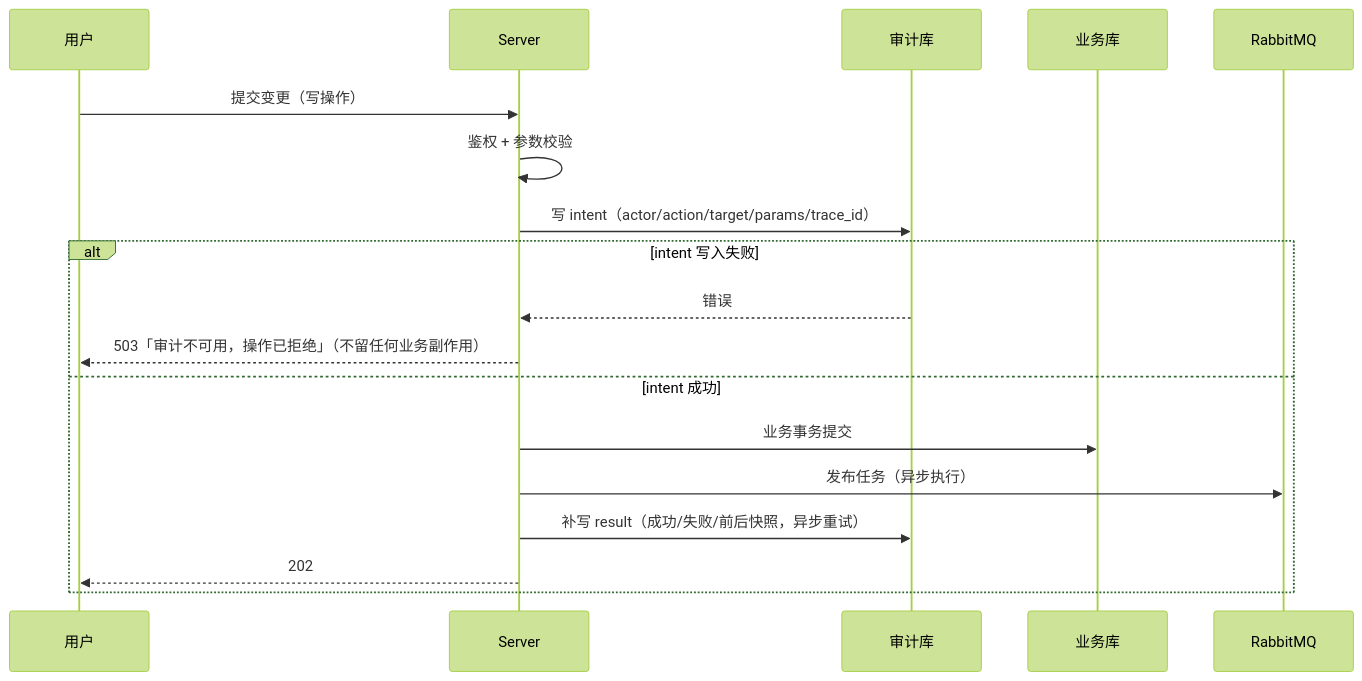
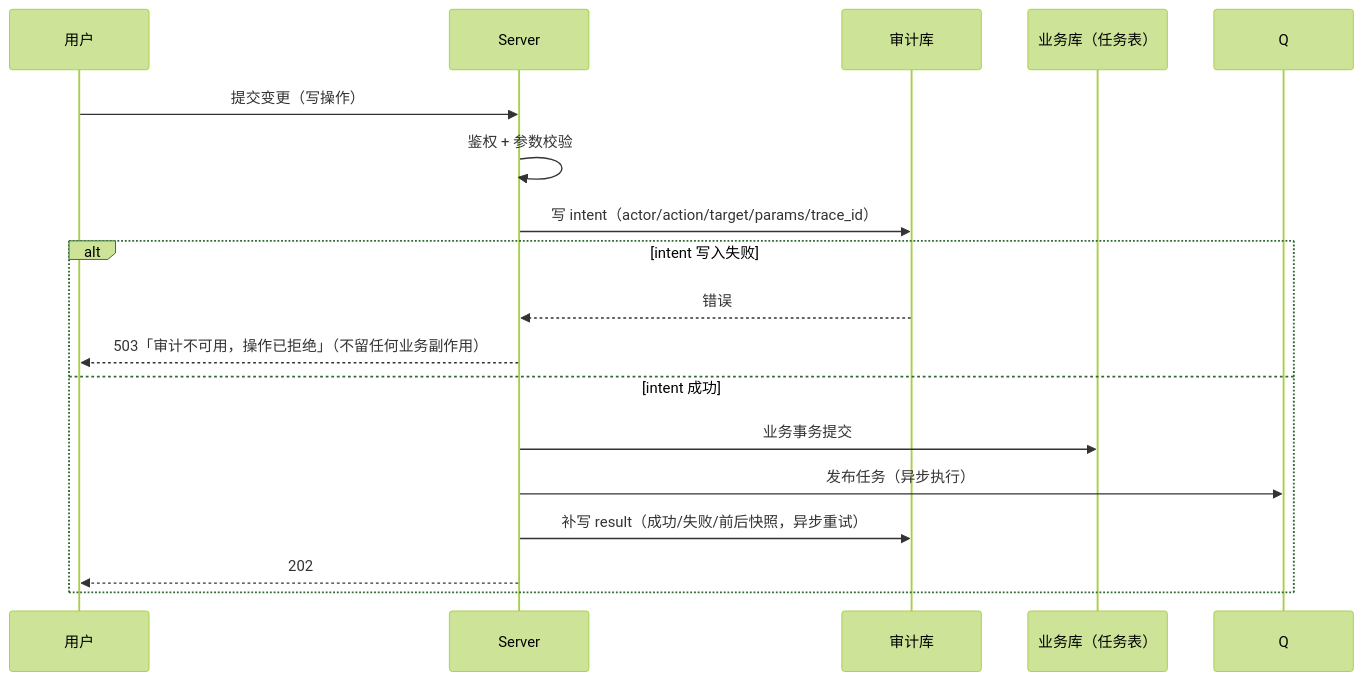
The diagram in docs/02-研发线/04-架构师/ADR-29-审计落点.md (lnsyyj/winter), drawn with Mermaid (forest theme) before and after one commit. The commit also changed 17 other files, not shown here.

First line of the commit message:
docs(arch): 取消 RabbitMQ，改用 PG 任务表 + SKIP LOCKED（ADR-36）

````diff
--- a/docs/02-研发线/04-架构师/ADR-29-审计落点.md
+++ b/docs/02-研发线/04-架构师/ADR-29-审计落点.md
@@ -32,21 +32,20 @@
 ```mermaid
 sequenceDiagram
     participant U as 用户
     participant S as Server
     participant ADB as 审计库
-    participant PDB as 业务库
-    participant Q as RabbitMQ
+    participant PDB as 业务库（任务表）
 
     U->>S: 提交变更（写操作）
     S->>S: 鉴权 + 参数校验
     S->>ADB: 写 intent（actor/action/target/params/trace_id）
     alt intent 写入失败
         ADB-->>S: 错误
         S-->>U: 503「审计不可用，操作已拒绝」（不留任何业务副作用）
     else intent 成功
         S->>PDB: 业务事务提交
         S->>Q: 发布任务（异步执行）
         S->>ADB: 补写 result（成功/失败/前后快照，异步重试）
         S-->>U: 202
     end
 ```
````
